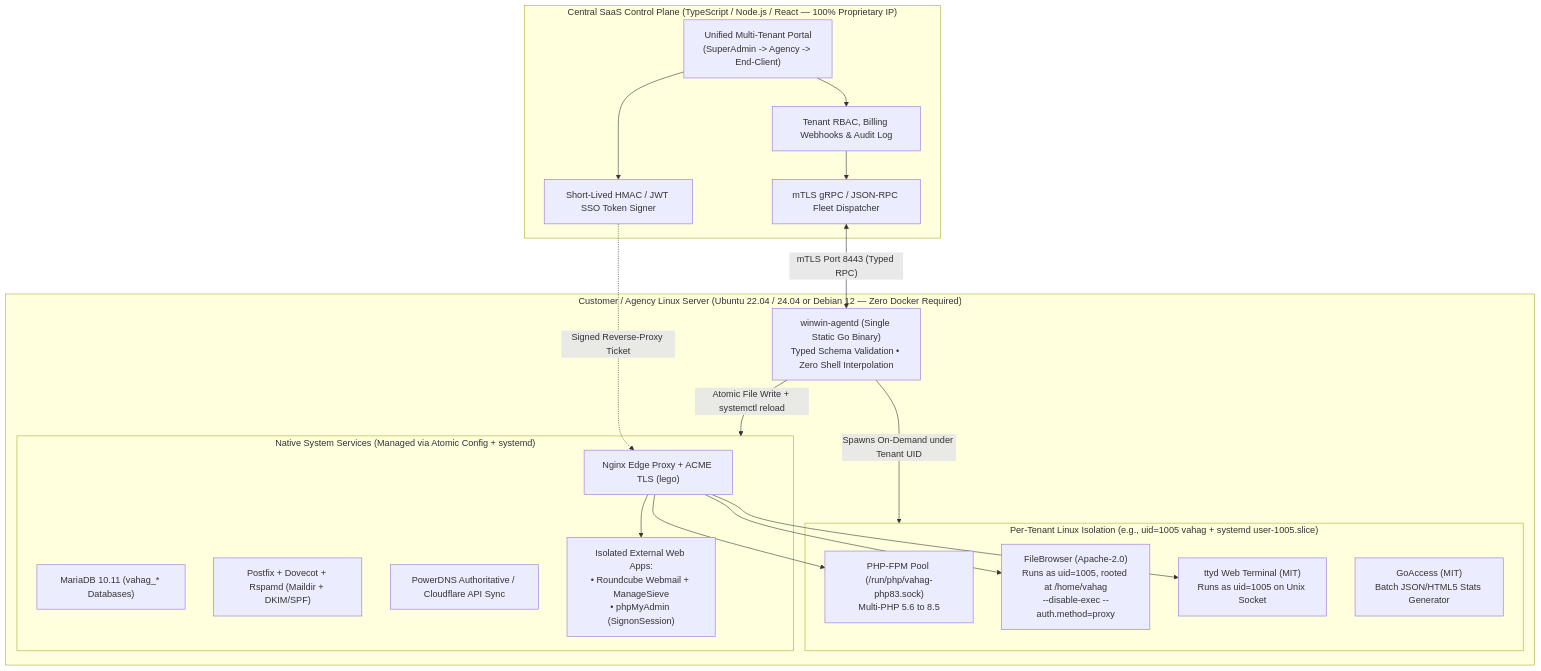
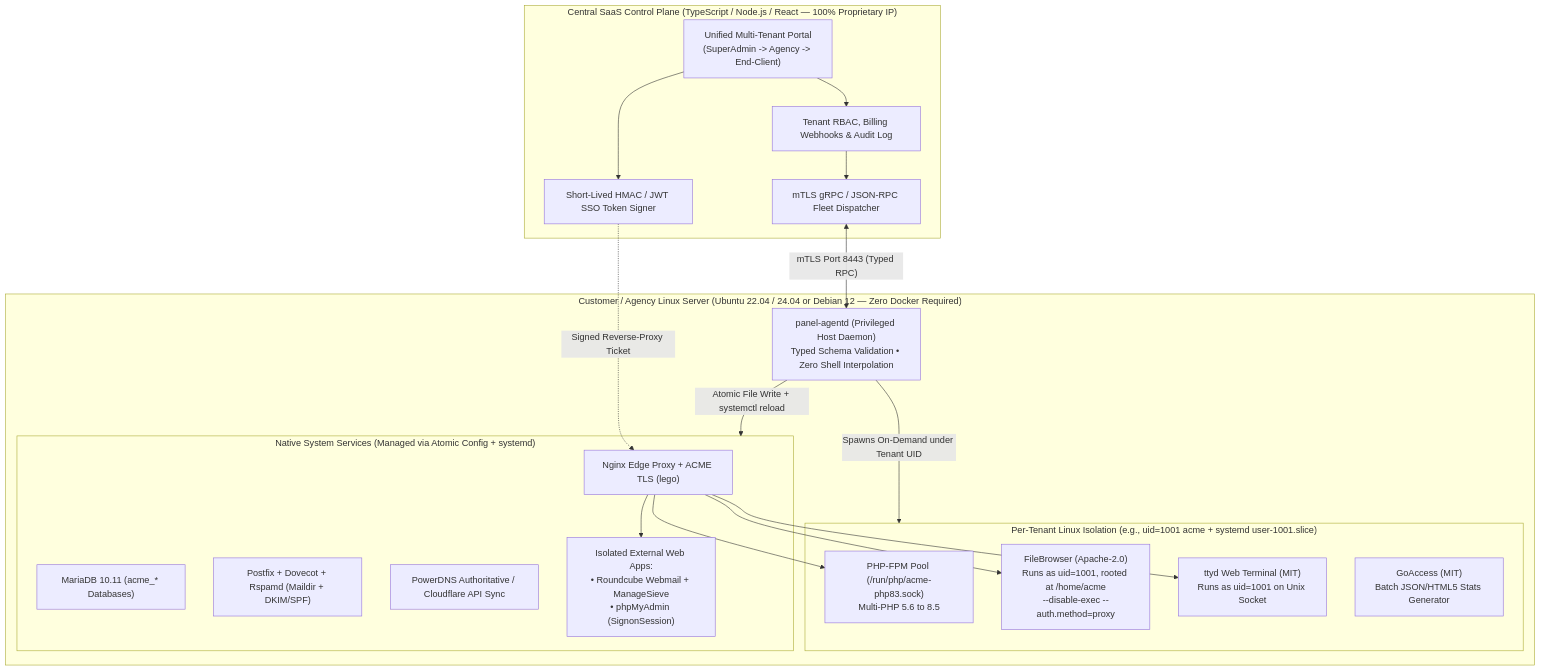
Before and after one commit to rbaindourov/cpanel-clean-room: the second of 2 diagrams in docs/10-build-vs-leverage-decision-blueprint.md, drawn with Mermaid. The commit also changed other lines of this file and 80 other files, not shown here.

````diff
--- a/docs/10-build-vs-leverage-decision-blueprint.md
+++ b/docs/10-build-vs-leverage-decision-blueprint.md
@@ -55,39 +55,39 @@
 ```mermaid
 flowchart TB
     subgraph SAAS["Central SaaS Control Plane (TypeScript / Node.js / React — 100% Proprietary IP)"]
         UI["Unified Multi-Tenant Portal\n(SuperAdmin -> Agency -> End-Client)"]
         RBAC["Tenant RBAC, Billing Webhooks & Audit Log"]
         SSO["Short-Lived HMAC / JWT SSO Token Signer"]
         MTLS_HUB["mTLS gRPC / JSON-RPC Fleet Dispatcher"]
     end
 
     subgraph NODE["Customer / Agency Linux Server (Ubuntu 22.04 / 24.04 or Debian 12 — Zero Docker Required)"]
-        AGENT["winwin-agentd (Single Static Go Binary)\nTyped Schema Validation • Zero Shell Interpolation"]
+        AGENT["panel-agentd (Privileged Host Daemon)\nTyped Schema Validation • Zero Shell Interpolation"]
 
-        subgraph ISOLATION["Per-Tenant Linux Isolation (e.g., uid=1005 vahag + systemd user-1005.slice)"]
-            FPM["PHP-FPM Pool (/run/php/vahag-php83.sock)\nMulti-PHP 5.6 to 8.5"]
-            FB_PROC["FileBrowser (Apache-2.0)\nRuns as uid=1005, rooted at /home/vahag\n--disable-exec --auth.method=proxy"]
-            TTYD_PROC["ttyd Web Terminal (MIT)\nRuns as uid=1005 on Unix Socket"]
+        subgraph ISOLATION["Per-Tenant Linux Isolation (e.g., uid=1001 acme + systemd user-1001.slice)"]
+            FPM["PHP-FPM Pool (/run/php/acme-php83.sock)\nMulti-PHP 5.6 to 8.5"]
+            FB_PROC["FileBrowser (Apache-2.0)\nRuns as uid=1001, rooted at /home/acme\n--disable-exec --auth.method=proxy"]
+            TTYD_PROC["ttyd Web Terminal (MIT)\nRuns as uid=1001 on Unix Socket"]
             GOACC_PROC["GoAccess (MIT)\nBatch JSON/HTML5 Stats Generator"]
         end
 
         subgraph DAEMONS["Native System Services (Managed via Atomic Config + systemd)"]
             NGX["Nginx Edge Proxy + ACME TLS (lego)"]
-            MDB["MariaDB 10.11 (vahag_* Databases)"]
+            MDB["MariaDB 10.11 (acme_* Databases)"]
             MAIL["Postfix + Dovecot + Rspamd (Maildir + DKIM/SPF)"]
             DNS["PowerDNS Authoritative / Cloudflare API Sync"]
             EXT_UI["Isolated External Web Apps:\n• Roundcube Webmail + ManageSieve\n• phpMyAdmin (SignonSession)"]
         end
     end
 
     UI --> RBAC --> MTLS_HUB
     UI --> SSO
     MTLS_HUB <-->|"mTLS Port 8443 (Typed RPC)"| AGENT
     SSO -.->|"Signed Reverse-Proxy Ticket"| NGX
     NGX --> FB_PROC
     NGX --> TTYD_PROC
     NGX --> EXT_UI
     NGX --> FPM
     AGENT -->|"Atomic File Write + systemctl reload"| DAEMONS
     AGENT -->|"Spawns On-Demand under Tenant UID"| ISOLATION
 ```
````
